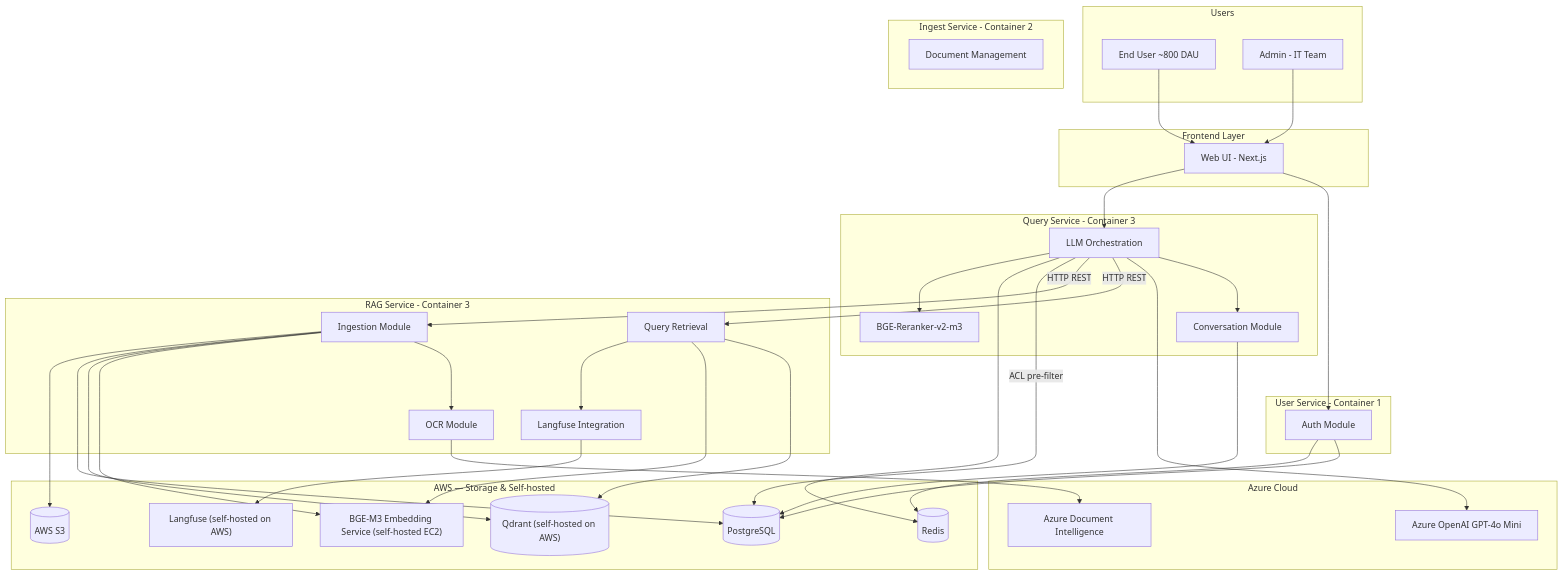
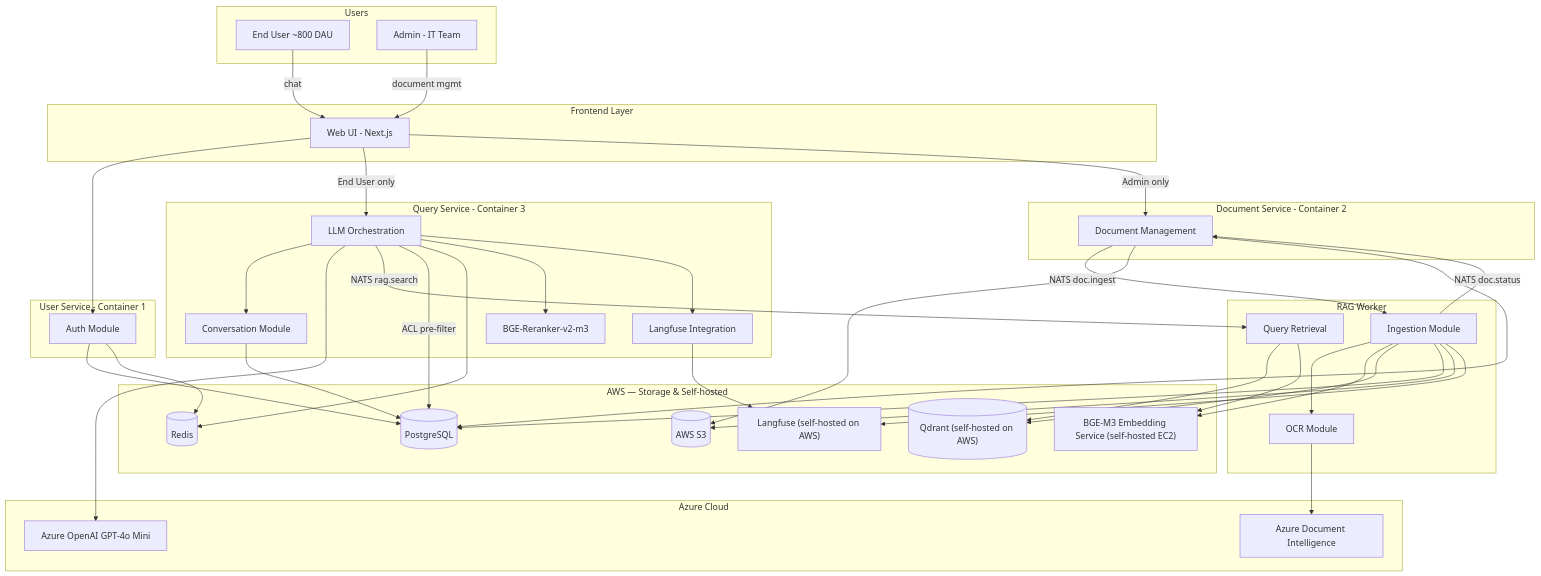
The first of 6 diagrams in docs/SA_RAG_Chatbot_Final.md (cds0987/DA08-VSF-AI), drawn with Mermaid before and after one commit. The commit also changed other lines of this file and 5 other files, not shown here.

````diff
--- a/docs/SA_RAG_Chatbot_Final.md
+++ b/docs/SA_RAG_Chatbot_Final.md
@@ -140,71 +140,76 @@
 ```mermaid
 graph TB
     subgraph USERS["Users"]
         EU["End User ~800 DAU"]
         ADM["Admin - IT Team"]
     end
 
     subgraph FRONTEND["Frontend Layer"]
         UI["Web UI - Next.js"]
     end
 
     subgraph USER_SVC["User Service - Container 1"]
         AUTH["Auth Module"]
     end
 
-    subgraph INGEST_SVC["Ingest Service - Container 2"]
+    subgraph DOC_SVC["Document Service - Container 2"]
         DOCMGMT["Document Management"]
     end
 
     subgraph QUERY_SVC["Query Service - Container 3"]
         CONV["Conversation Module"]
         ORCH["LLM Orchestration"]
         RERANK["BGE-Reranker-v2-m3"]
+        LFI["Langfuse Integration"]
     end
 
-    subgraph RAG_SVC["RAG Service - Container 3"]
+    subgraph RAG_SVC["RAG Worker"]
         QUERY["Query Retrieval"]
         INGEST["Ingestion Module"]
         OCR["OCR Module"]
-        LFI["Langfuse Integration"]
     end
 
     subgraph AWS_STORAGE["AWS — Storage & Self-hosted"]
         QDRANT[("Qdrant (self-hosted on AWS)")]
         PG[("PostgreSQL")]
         S3[("AWS S3")]
         REDIS[("Redis")]
         BGE["BGE-M3 Embedding Service (self-hosted EC2)"]
         LF["Langfuse (self-hosted on AWS)"]
     end
 
     subgraph AZURE["Azure Cloud"]
         AOAI["Azure OpenAI GPT-4o Mini"]
         ADI["Azure Document Intelligence"]
     end
 
-    EU --> UI
-    ADM --> UI
+    EU -->|"chat"| UI
+    ADM -->|"document mgmt"| UI
     UI --> AUTH
-    UI --> ORCH
+    UI -->|"End User only"| ORCH
+    UI -->|"Admin only"| DOCMGMT
     ORCH --> CONV
     ORCH --> AOAI
-    ORCH -- "HTTP REST" --> QUERY
-    ORCH -- "HTTP REST" --> INGEST
+    ORCH -- "NATS rag.search" --> QUERY
+    DOCMGMT -- "NATS doc.ingest" --> INGEST
+    INGEST -- "NATS doc.status" --> DOCMGMT
+    DOCMGMT --> S3
+    DOCMGMT --> PG
     QUERY --> QDRANT
     QUERY --> BGE
-    QUERY --> LFI
     INGEST --> OCR
     INGEST --> BGE
     INGEST --> QDRANT
     INGEST --> PG
     INGEST --> S3
+    INGEST --> LF
     OCR --> ADI
     CONV --> PG
     AUTH --> PG
     AUTH --> REDIS
     ORCH -- "ACL pre-filter" --> PG
     ORCH --> REDIS
     ORCH --> RERANK
+    ORCH --> LFI
     LFI --> LF
 ```
````
